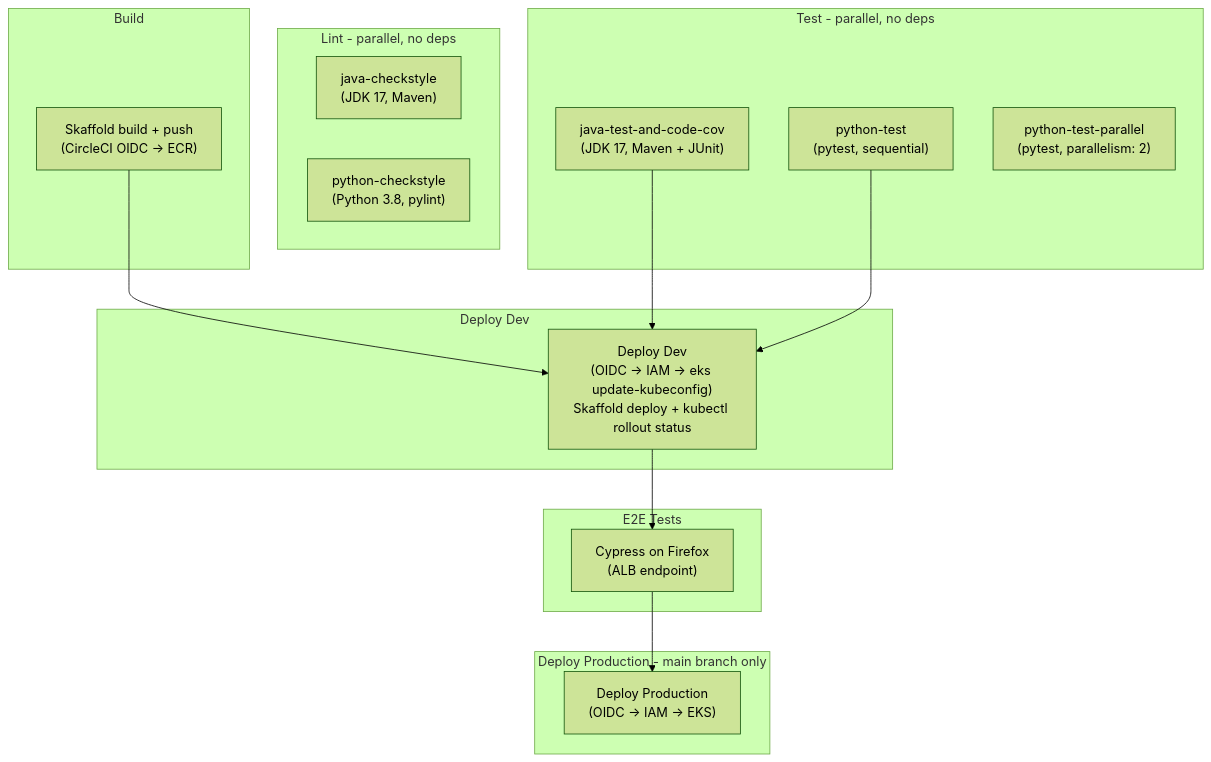
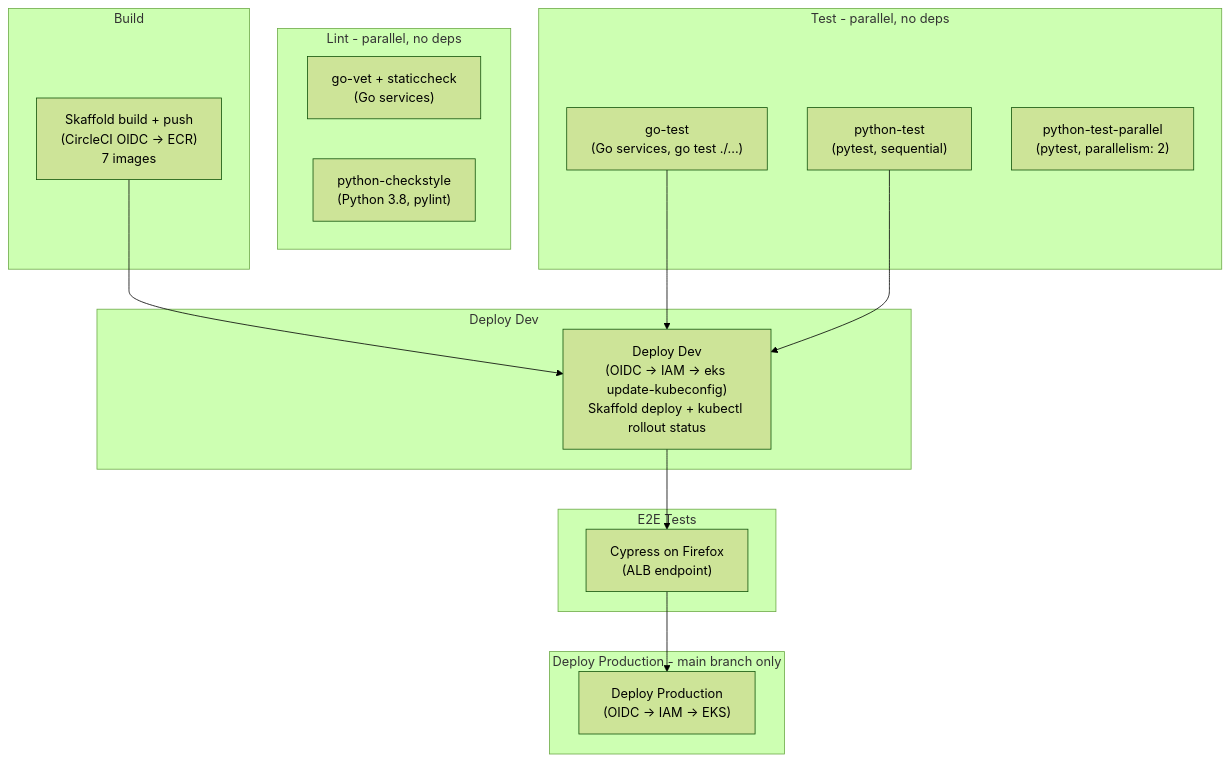
The second of 2 diagrams in docs/proposed-architecture.md (AwesomeCICD/circle-banking-app), drawn with Mermaid (forest theme) before and after one commit. The commit also changed other lines of this file and 1 other file, not shown here.

````diff
--- a/docs/proposed-architecture.md
+++ b/docs/proposed-architecture.md
@@ -102,36 +180,36 @@
 ```mermaid
 flowchart TD
     subgraph lint [Lint - parallel, no deps]
-        JavaLint["java-checkstyle\n(JDK 17, Maven)"]
+        GoLint["go-vet + staticcheck\n(Go services)"]
         PyLint["python-checkstyle\n(Python 3.8, pylint)"]
     end
 
     subgraph test [Test - parallel, no deps]
-        JavaTest["java-test-and-code-cov\n(JDK 17, Maven + JUnit)"]
+        GoTest["go-test\n(Go services, go test ./...)"]
         PyTest["python-test\n(pytest, sequential)"]
         PyTestPar["python-test-parallel\n(pytest, parallelism: 2)"]
     end
 
     subgraph build [Build]
-        BuildPush["Skaffold build + push\n(CircleCI OIDC -> ECR)"]
+        BuildPush["Skaffold build + push\n(CircleCI OIDC -> ECR)\n7 images"]
     end
 
     subgraph deployDev [Deploy Dev]
         DeployDev["Deploy Dev\n(OIDC -> IAM -> eks update-kubeconfig)\nSkaffold deploy + kubectl rollout status"]
     end
 
     subgraph e2e [E2E Tests]
         E2E["Cypress on Firefox\n(ALB endpoint)"]
     end
 
     subgraph deployProd [Deploy Production - main branch only]
         DeployProd["Deploy Production\n(OIDC -> IAM -> EKS)"]
     end
 
     BuildPush --> DeployDev
-    JavaTest --> DeployDev
+    GoTest --> DeployDev
     PyTest --> DeployDev
 
     DeployDev --> E2E
     E2E --> DeployProd
 ```
````
